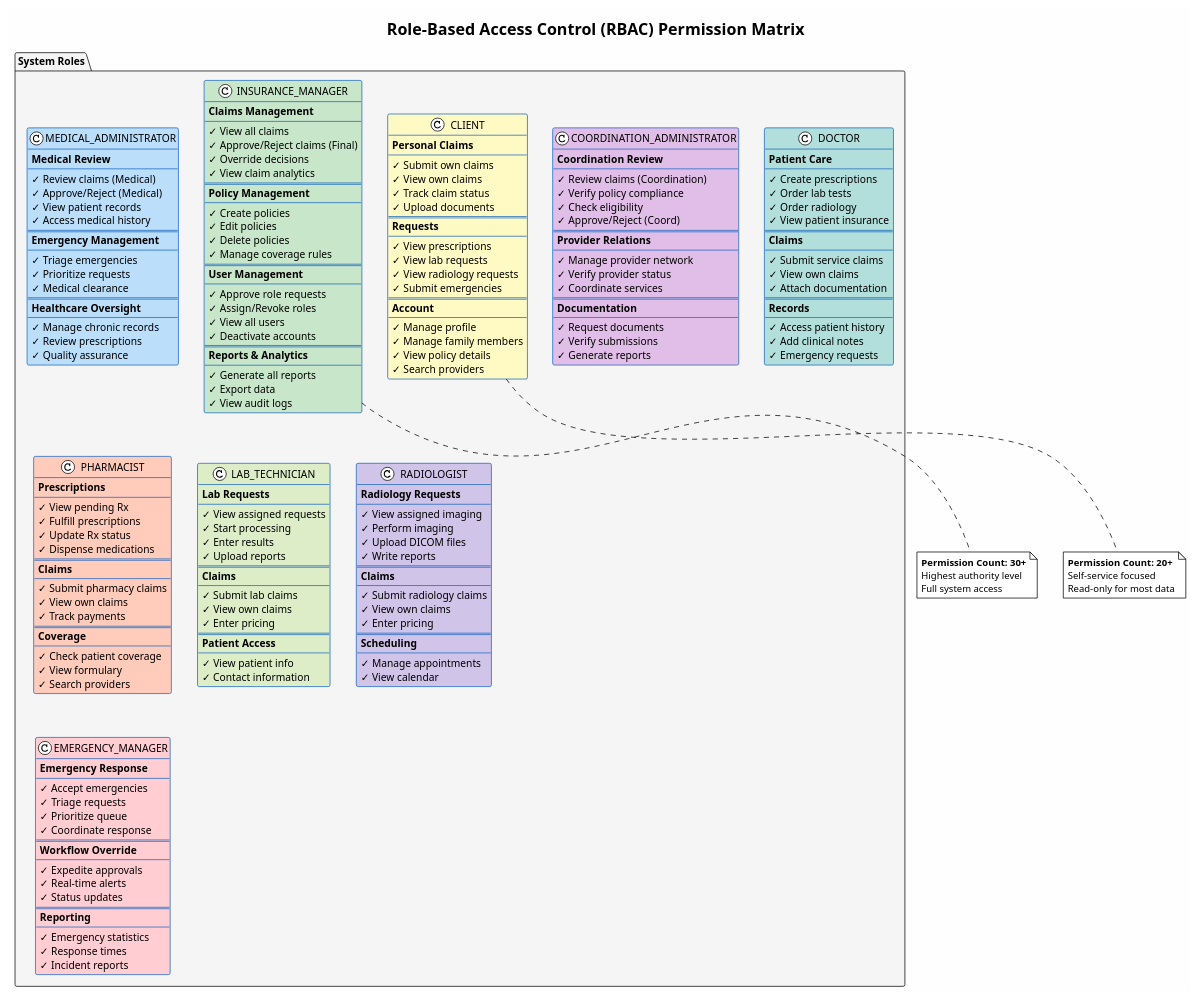
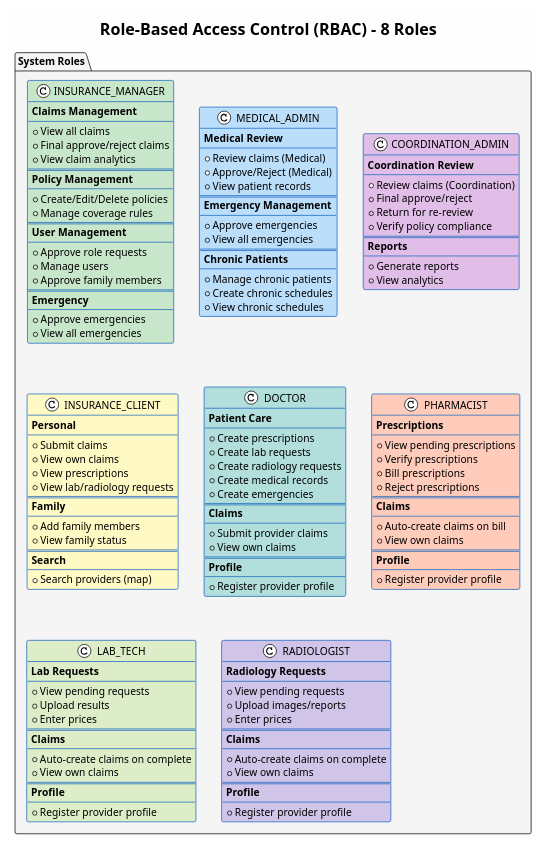
Diagram 19 of 20 in PlantUML_Diagrams.md (1210395/InsuranceSystemFrontEnd), drawn with PlantUML before and after one commit. The commit also changed other lines of this file and 32 other files, not shown here.

````diff
--- a/PlantUML_Diagrams.md
+++ b/PlantUML_Diagrams.md
@@ -2541,7 +1608,7 @@
 !theme plain
 skinparam backgroundColor #FEFEFE
 
-title Role-Based Access Control (RBAC) Permission Matrix
+title Role-Based Access Control (RBAC) - 8 Roles
 
 skinparam class {
     BackgroundColor #E3F2FD
@@ -2553,212 +1620,149 @@
     class "INSURANCE_MANAGER" as IM #C8E6C9 {
         <b>Claims Management</b>
         --
-        ✓ View all claims
-        ✓ Approve/Reject claims (Final)
-        ✓ Override decisions
-        ✓ View claim analytics
+        + View all claims
+        + Final approve/reject claims
+        + View claim analytics
         ==
         <b>Policy Management</b>
         --
-        ✓ Create policies
-        ✓ Edit policies
-        ✓ Delete policies
-        ✓ Manage coverage rules
+        + Create/Edit/Delete policies
+        + Manage coverage rules
         ==
         <b>User Management</b>
         --
-        ✓ Approve role requests
-        ✓ Assign/Revoke roles
-        ✓ View all users
-        ✓ Deactivate accounts
+        + Approve role requests
+        + Manage users
+        + Approve family members
         ==
-        <b>Reports & Analytics</b>
+        <b>Emergency</b>
         --
-        ✓ Generate all reports
-        ✓ Export data
-        ✓ View audit logs
+        + Approve emergencies
+        + View all emergencies
     }
 
-    class "MEDICAL_ADMINISTRATOR" as MA #BBDEFB {
+    class "MEDICAL_ADMIN" as MA #BBDEFB {
         <b>Medical Review</b>
         --
-        ✓ Review claims (Medical)
-        ✓ Approve/Reject (Medical)
-        ✓ View patient records
-        ✓ Access medical history
+        + Review claims (Medical)
+        + Approve/Reject (Medical)
+        + View patient records
         ==
         <b>Emergency Management</b>
         --
-        ✓ Triage emergencies
-        ✓ Prioritize requests
-        ✓ Medical clearance
+        + Approve emergencies
+        + View all emergencies
         ==
-        <b>Healthcare Oversight</b>
+        <b>Chronic Patients</b>
         --
-        ✓ Manage chronic records
-        ✓ Review prescriptions
-        ✓ Quality assurance
+        + Manage chronic patients
+        + Create chronic schedules
+        + View chronic schedules
     }
 
-    class "COORDINATION_ADMINISTRATOR" as CA #E1BEE7 {
+    class "COORDINATION_ADMIN" as CA #E1BEE7 {
         <b>Coordination Review</b>
         --
-        ✓ Review claims (Coordination)
-        ✓ Verify policy compliance
-        ✓ Check eligibility
-        ✓ Approve/Reject (Coord)
+        + Review claims (Coordination)
+        + Final approve/reject
+        + Return for re-review
+        + Verify policy compliance
         ==
-        <b>Provider Relations</b>
+        <b>Reports</b>
         --
-        ✓ Manage provider network
-        ✓ Verify provider status
-        ✓ Coordinate services
-        ==
-        <b>Documentation</b>
-        --
-        ✓ Request documents
-        ✓ Verify submissions
-        ✓ Generate reports
+        + Generate reports
+        + View analytics
     }
 
-    class "CLIENT" as CL #FFF9C4 {
-        <b>Personal Claims</b>
+    class "INSURANCE_CLIENT" as CL #FFF9C4 {
+        <b>Personal</b>
         --
-        ✓ Submit own claims
-        ✓ View own claims
-        ✓ Track claim status
-        ✓ Upload documents
+        + Submit claims
+        + View own claims
+        + View prescriptions
+        + View lab/radiology requests
         ==
-        <b>Requests</b>
+        <b>Family</b>
         --
-        ✓ View prescriptions
-        ✓ View lab requests
-        ✓ View radiology requests
-        ✓ Submit emergencies
+        + Add family members
+        + View family status
         ==
-        <b>Account</b>
+        <b>Search</b>
         --
-        ✓ Manage profile
-        ✓ Manage family members
-        ✓ View policy details
-        ✓ Search providers
+        + Search providers (map)
     }
 
     class "DOCTOR" as DOC #B2DFDB {
         <b>Patient Care</b>
         --
-        ✓ Create prescriptions
-        ✓ Order lab tests
-        ✓ Order radiology
-        ✓ View patient insurance
+        + Create prescriptions
+        + Create lab requests
+        + Create radiology requests
+        + Create medical records
+        + Create emergencies
         ==
         <b>Claims</b>
         --
-        ✓ Submit service claims
-        ✓ View own claims
-        ✓ Attach documentation
+        + Submit provider claims
+        + View own claims
         ==
-        <b>Records</b>
+        <b>Profile</b>
         --
-        ✓ Access patient history
-        ✓ Add clinical notes
-        ✓ Emergency requests
+        + Register provider profile
     }
 
     class "PHARMACIST" as PHARM #FFCCBC {
         <b>Prescriptions</b>
         --
-        ✓ View pending Rx
-        ✓ Fulfill prescriptions
-        ✓ Update Rx status
-        ✓ Dispense medications
+        + View pending prescriptions
+        + Verify prescriptions
+        + Bill prescriptions
+        + Reject prescriptions
         ==
         <b>Claims</b>
         --
-        ✓ Submit pharmacy claims
-        ✓ View own claims
-        ✓ Track payments
+        + Auto-create claims on bill
+        + View own claims
         ==
-        <b>Coverage</b>
+        <b>Profile</b>
         --
-        ✓ Check patient coverage
-        ✓ View formulary
-        ✓ Search providers
+        + Register provider profile
     }
 
-    class "LAB_TECHNICIAN" as LAB #DCEDC8 {
+    class "LAB_TECH" as LAB #DCEDC8 {
         <b>Lab Requests</b>
         --
-        ✓ View assigned requests
-        ✓ Start processing
-        ✓ Enter results
-        ✓ Upload reports
+        + View pending requests
+        + Upload results
+        + Enter prices
         ==
         <b>Claims</b>
         --
-        ✓ Submit lab claims
-        ✓ View own claims
-        ✓ Enter pricing
+        + Auto-create claims on complete
+        + View own claims
         ==
-        <b>Patient Access</b>
+        <b>Profile</b>
         --
-        ✓ View patient info
-        ✓ Contact information
+        + Register provider profile
     }
 
     class "RADIOLOGIST" as RAD #D1C4E9 {
         <b>Radiology Requests</b>
         --
-        ✓ View assigned imaging
-        ✓ Perform imaging
-        ✓ Upload DICOM files
-        ✓ Write reports
+        + View pending requests
+        + Upload images/reports
+        + Enter prices
         ==
         <b>Claims</b>
         --
-        ✓ Submit radiology claims
-        ✓ View own claims
-        ✓ Enter pricing
+        + Auto-create claims on complete
+        + View own claims
         ==
-        <b>Scheduling</b>
+        <b>Profile</b>
         --
-        ✓ Manage appointments
-        ✓ View calendar
-    }
-
-    class "EMERGENCY_MANAGER" as EM #FFCDD2 {
-        <b>Emergency Response</b>
-        --
-        ✓ Accept emergencies
-        ✓ Triage requests
-        ✓ Prioritize queue
-        ✓ Coordinate response
-        ==
-        <b>Workflow Override</b>
-        --
-        ✓ Expedite approvals
-        ✓ Real-time alerts
-        ✓ Status updates
-        ==
-        <b>Reporting</b>
-        --
-        ✓ Emergency statistics
-        ✓ Response times
-        ✓ Incident reports
+        + Register provider profile
     }
 }
 
-note bottom of IM
-  **Permission Count: 30+**
-  Highest authority level
-  Full system access
-end note
-
-note bottom of CL
-  **Permission Count: 20+**
-  Self-service focused
-  Read-only for most data
-end note
-
 @enduml
 ```
````
